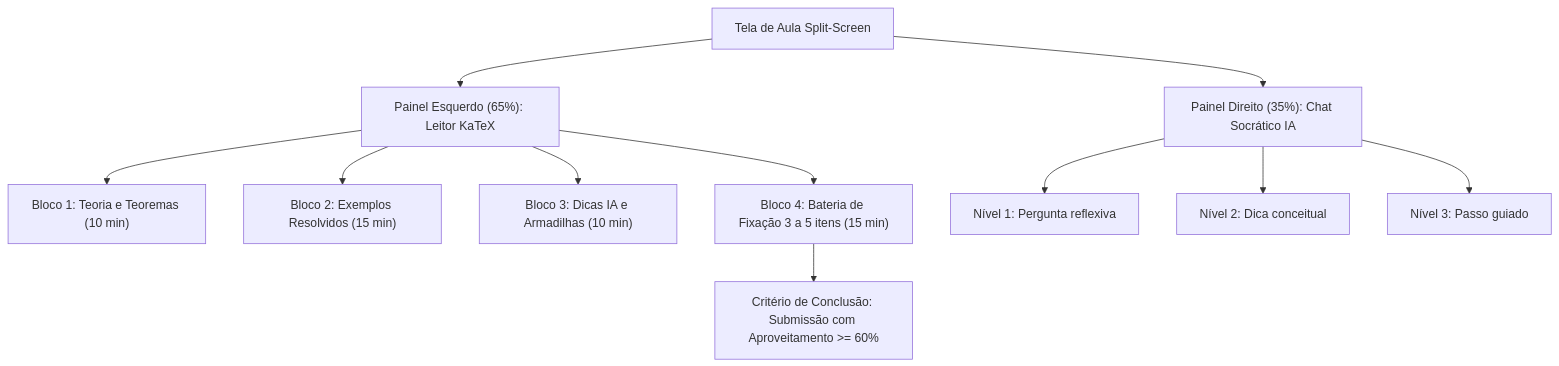
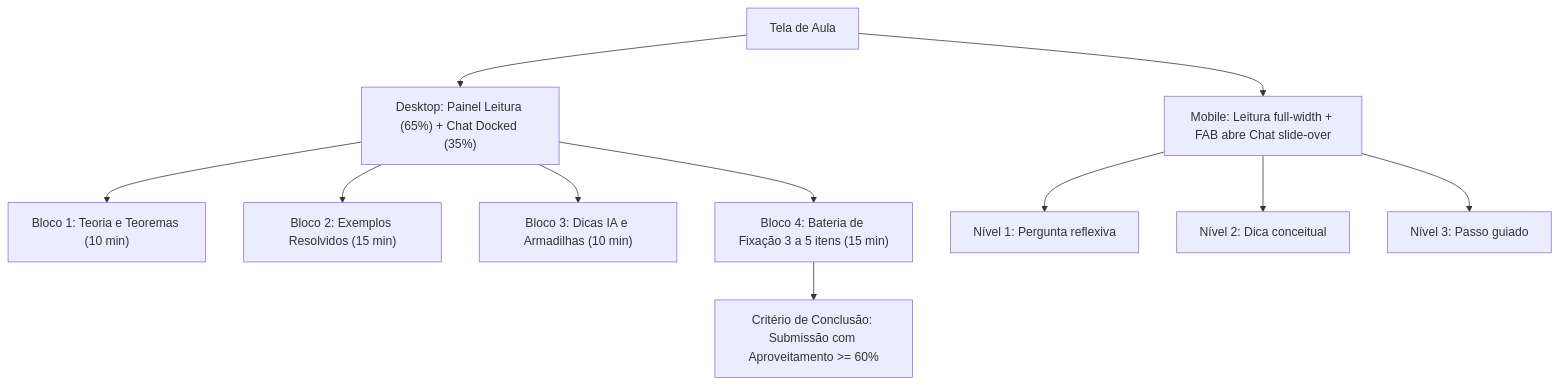
The third of 6 diagrams in docs-site/docs/modules/interface/flow/telas-aluno.md (SiadeLucas/Tutor-Inteligente), drawn with Mermaid before and after one commit. The commit also changed other lines of this file and 70 other files, not shown here.

````diff
--- a/docs-site/docs/modules/interface/flow/telas-aluno.md
+++ b/docs-site/docs/modules/interface/flow/telas-aluno.md
@@ -59,16 +72,16 @@
 ```mermaid
 flowchart TD
-    A["Tela de Aula Split-Screen"] --> B["Painel Esquerdo (65%): Leitor KaTeX"]
-    A --> C["Painel Direito (35%): Chat Socrático IA"]
+    A["Tela de Aula"] --> B["Desktop: Painel Leitura (65%) + Chat Docked (35%)"]
+    A --> B2["Mobile: Leitura full-width + FAB abre Chat slide-over"]
     
     B --> B1["Bloco 1: Teoria e Teoremas (10 min)"]
-    B --> B2["Bloco 2: Exemplos Resolvidos (15 min)"]
-    B --> B3["Bloco 3: Dicas IA e Armadilhas (10 min)"]
-    B --> B4["Bloco 4: Bateria de Fixação 3 a 5 itens (15 min)"]
+    B --> B3["Bloco 2: Exemplos Resolvidos (15 min)"]
+    B --> B4["Bloco 3: Dicas IA e Armadilhas (10 min)"]
+    B --> B5["Bloco 4: Bateria de Fixação 3 a 5 itens (15 min)"]
     
-    C --> C1["Nível 1: Pergunta reflexiva"]
-    C --> C2["Nível 2: Dica conceitual"]
-    C --> C3["Nível 3: Passo guiado"]
+    B2 --> C1["Nível 1: Pergunta reflexiva"]
+    B2 --> C2["Nível 2: Dica conceitual"]
+    B2 --> C3["Nível 3: Passo guiado"]
     
-    B4 --> D["Critério de Conclusão: Submissão com Aproveitamento >= 60%"]
+    B5 --> D["Critério de Conclusão: Submissão com Aproveitamento >= 60%"]
 ```
````
